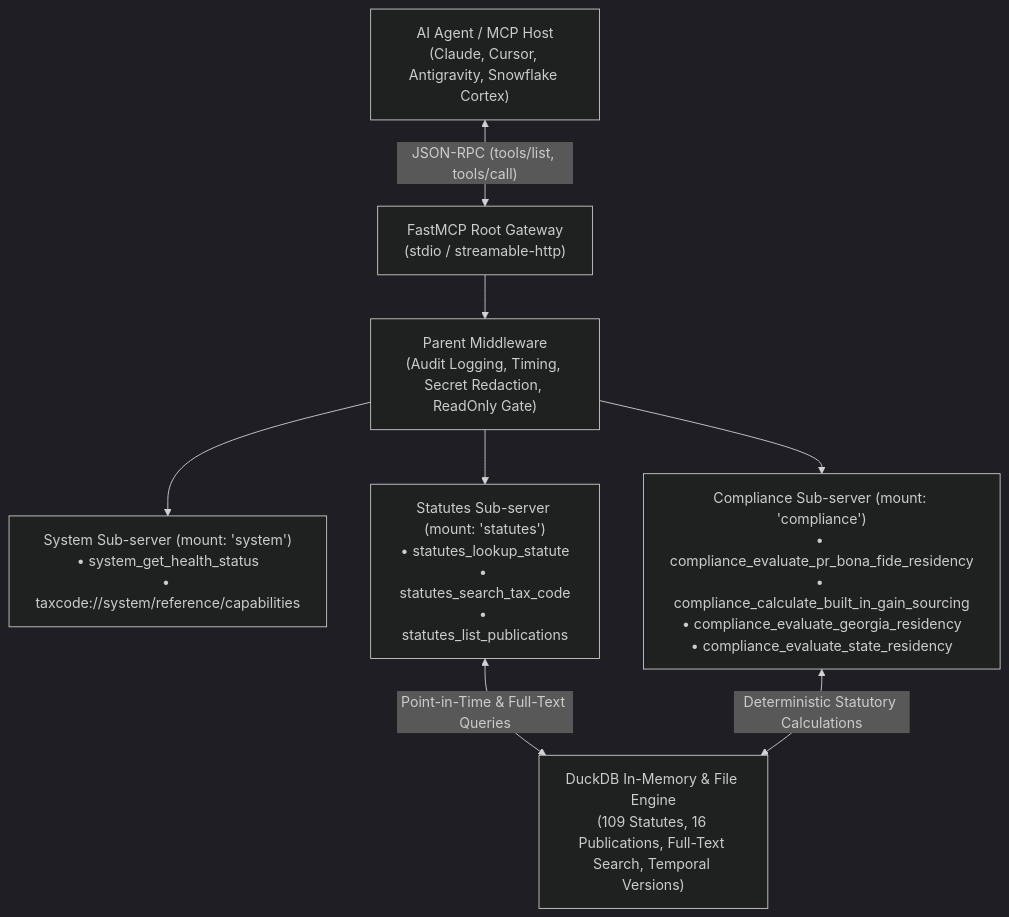
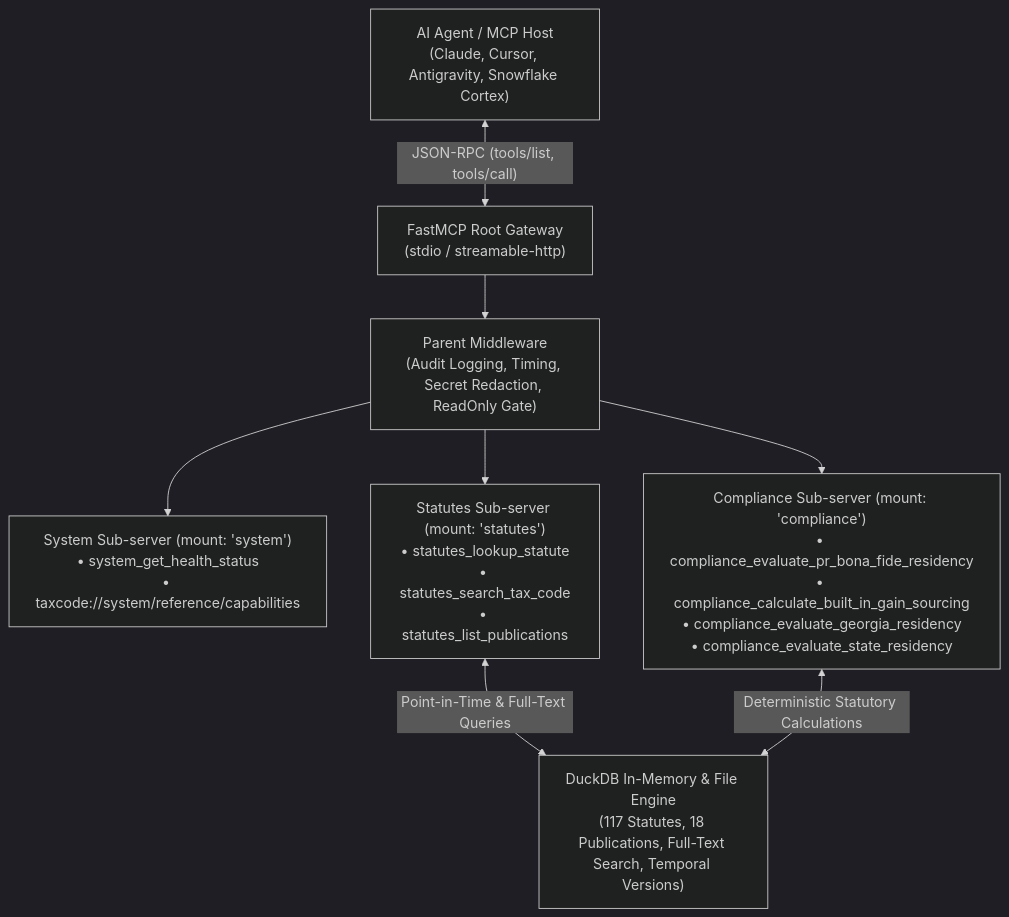
One commit to christianclaudio/mcp-server-taxcode changed the diagram in README.md. Above: the diagram before and after it, drawn with Mermaid (dark theme). The commit also changed other lines of this file and 29 other files, not shown here.

````diff
--- a/README.md
+++ b/README.md
@@ -22,18 +22,18 @@
 ```mermaid
 graph TD
     Client["AI Agent / MCP Host<br>(Claude, Cursor, Antigravity, Snowflake Cortex)"]
     Gateway["FastMCP Root Gateway<br>(stdio / streamable-http)"]
     ParentMW["Parent Middleware<br>(Audit Logging, Timing, Secret Redaction, ReadOnly Gate)"]
     SysSub["System Sub-server (mount: 'system')<br>• system_get_health_status<br>• taxcode://system/reference/capabilities"]
     StatSub["Statutes Sub-server (mount: 'statutes')<br>• statutes_lookup_statute<br>• statutes_search_tax_code<br>• statutes_list_publications"]
     CompSub["Compliance Sub-server (mount: 'compliance')<br>• compliance_evaluate_pr_bona_fide_residency<br>• compliance_calculate_built_in_gain_sourcing<br>• compliance_evaluate_georgia_residency<br>• compliance_evaluate_state_residency"]
-    DuckDB["DuckDB In-Memory & File Engine<br>(109 Statutes, 16 Publications, Full-Text Search, Temporal Versions)"]
+    DuckDB["DuckDB In-Memory & File Engine<br>(117 Statutes, 18 Publications, Full-Text Search, Temporal Versions)"]
 
     Client <-->|"JSON-RPC (tools/list, tools/call)"| Gateway
     Gateway --> ParentMW
     ParentMW --> SysSub
     ParentMW --> StatSub
     ParentMW --> CompSub
     StatSub <-->|"Point-in-Time & Full-Text Queries"| DuckDB
     CompSub <-->|"Deterministic Statutory Calculations"| DuckDB
 ```
````
